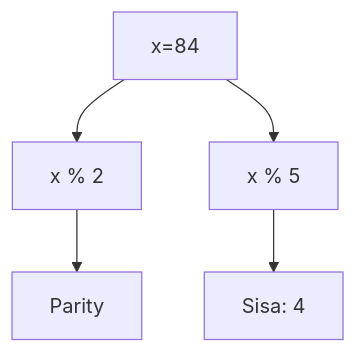
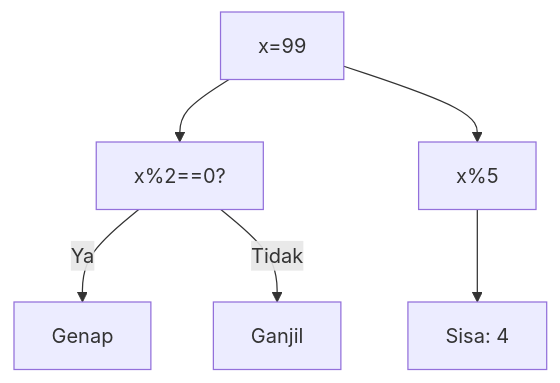
Before and after one commit to amnahwaida/OSNK_INF_PREP: the second of 25 diagrams in part-c-pemahaman-cpp/03-perulangan/latihan/set-01.md, drawn with Mermaid. The commit also changed other lines of this file and 71 other files, not shown here.

Commit message:
Fixed Mermaid syntax lexical errors with quoted labels in 1,800 questions

````diff
--- a/part-c-pemahaman-cpp/03-perulangan/latihan/set-01.md
+++ b/part-c-pemahaman-cpp/03-perulangan/latihan/set-01.md
@@ -110,7 +59,8 @@
 ```mermaid
 graph TD
-A[x=84] --> B[x % 2]
-B --> C[Parity]
-A --> D[x % 5]
-D --> E[Sisa: 4]
+A["x=99"] --> B["x%2==0?"]
+B -- Ya --> C["Genap"]
+B -- Tidak --> D["Ganjil"]
+A --> E["x%5"]
+E --> F["Sisa: 4"]
 ```
````
